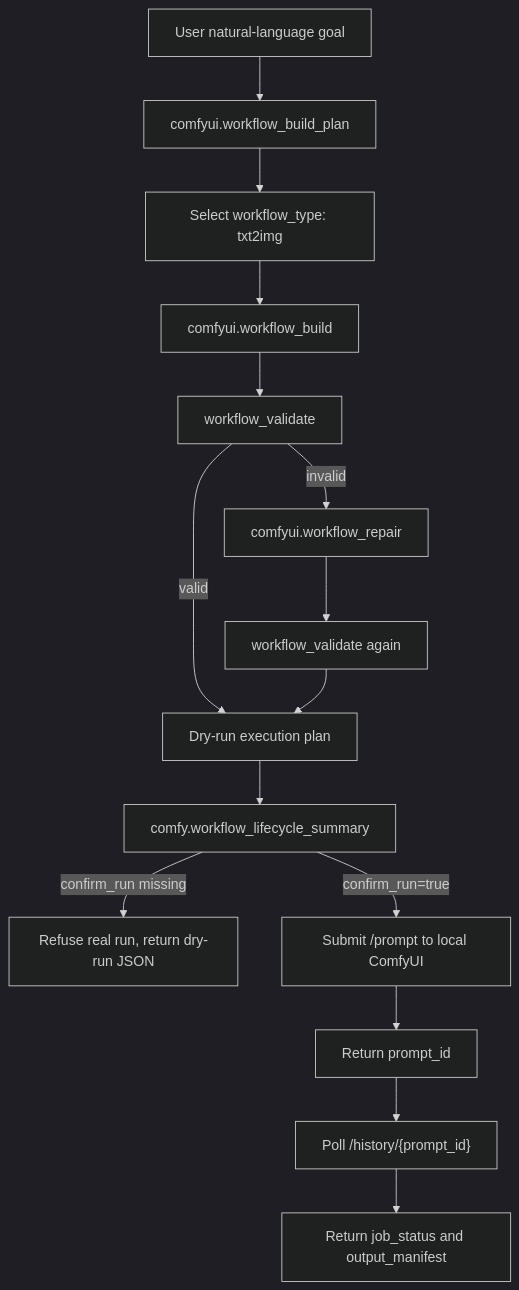
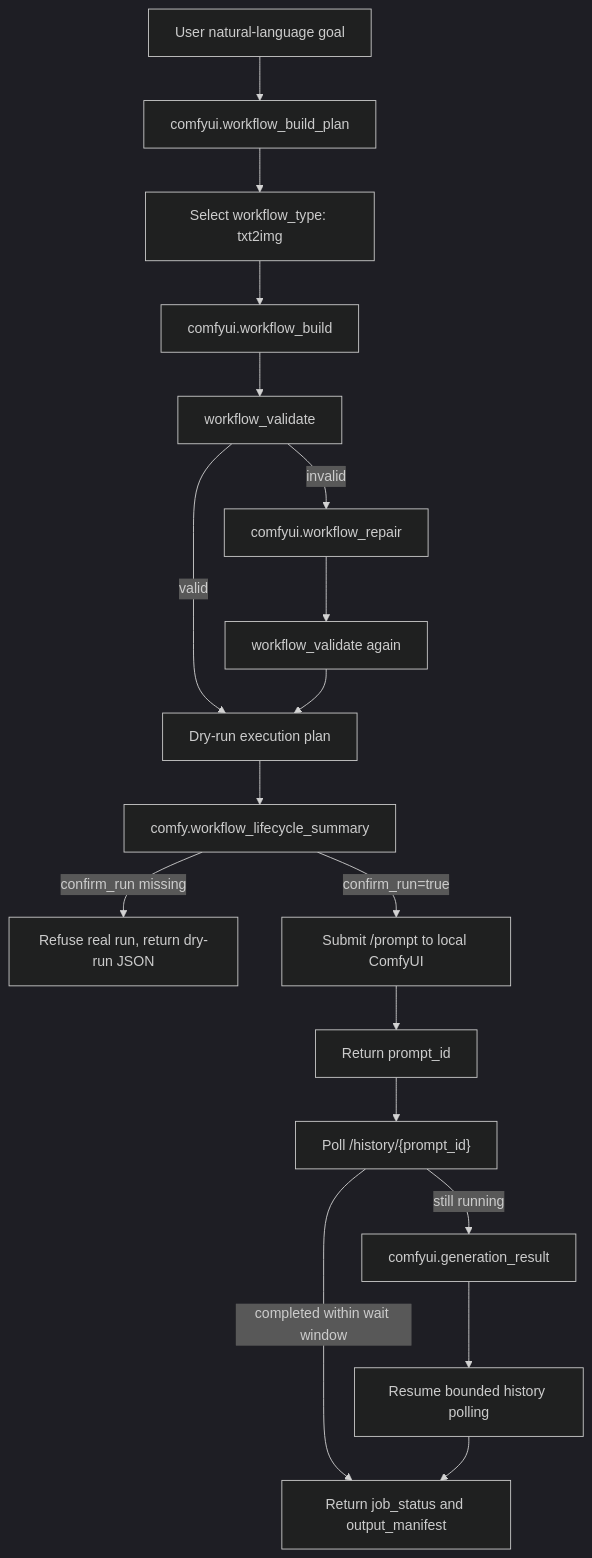
One commit to jianbaorui07-dot/KORYAO-basic changed the diagram in docs/comfyui-agent-workflow-protocol.md. Above: the diagram before and after it, drawn with Mermaid (dark theme). The commit also changed other lines of this file and 4 other files, not shown here.

````diff
--- a/docs/comfyui-agent-workflow-protocol.md
+++ b/docs/comfyui-agent-workflow-protocol.md
@@ -5,17 +5,20 @@
 ```mermaid
 flowchart TD
     A["User natural-language goal"] --> B["comfyui.workflow_build_plan"]
     B --> C["Select workflow_type: txt2img"]
     C --> D["comfyui.workflow_build"]
     D --> E["workflow_validate"]
     E -->|valid| H["Dry-run execution plan"]
     E -->|invalid| F["comfyui.workflow_repair"]
     F --> G["workflow_validate again"]
     G --> H
     H --> N["comfy.workflow_lifecycle_summary"]
     N -->|confirm_run missing| I["Refuse real run, return dry-run JSON"]
     N -->|confirm_run=true| J["Submit /prompt to local ComfyUI"]
     J --> K["Return prompt_id"]
     K --> L["Poll /history/{prompt_id}"]
-    L --> M["Return job_status and output_manifest"]
+    L -->|completed within wait window| M["Return job_status and output_manifest"]
+    L -->|still running| O["comfyui.generation_result"]
+    O --> P["Resume bounded history polling"]
+    P --> M
 ```
````
